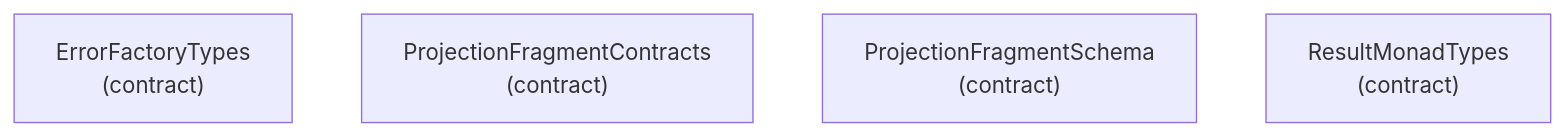
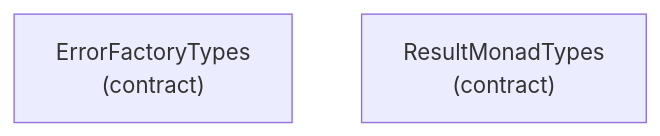
Before and after one commit to libar-dev/architect: diagram 23 of 23 in docs-live/ARCHITECTURE.md, drawn with Mermaid. The commit also changed other lines of this file and 32 other files, not shown here.

````diff
--- a/docs-live/ARCHITECTURE.md
+++ b/docs-live/ARCHITECTURE.md
@@ -468,7 +474,5 @@
 ```mermaid
 graph TD
   errorfactorytypes["ErrorFactoryTypes<br/>(contract)"]
-  projectionfragmentcontracts["ProjectionFragmentContracts<br/>(contract)"]
-  projectionfragmentschema["ProjectionFragmentSchema<br/>(contract)"]
   resultmonadtypes["ResultMonadTypes<br/>(contract)"]
 ```
````
